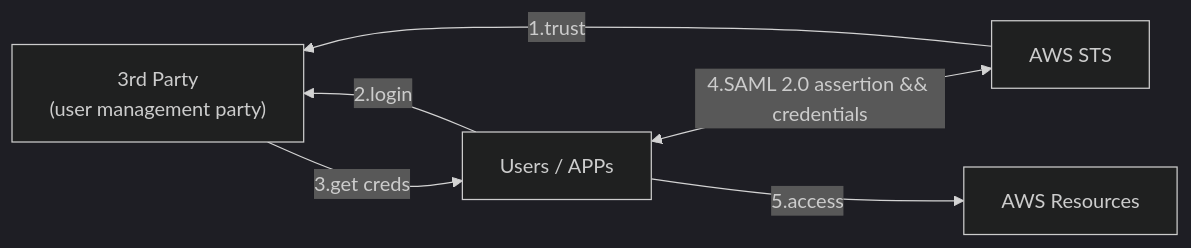
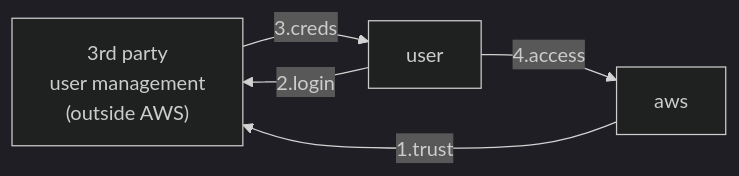
The fifth of 11 diagrams in aws/iam.md (cool21540125/documentation-notes), drawn with Mermaid (dark theme) before and after one commit. The commit also changed other lines of this file and 2 other files, not shown here.

````diff
--- a/aws/iam.md
+++ b/aws/iam.md
@@ -161,14 +252,10 @@
 ```mermaid
 flowchart LR
 
-3rd["3rd Party \n (user management party)"]
-user["Users / APPs"]
-aws["AWS STS"]
-rr["AWS Resources"]
+3rd["3rd party \n user management \n (outside AWS)"]
 
 aws -- 1.trust --> 3rd;
 user -- 2.login --> 3rd;
-3rd -- 3.get creds --> user;
-user <-- 4.SAML 2.0 assertion && credentials --> aws;
-user -- 5.access --> rr;
+3rd -- 3.creds --> user;
+user -- 4.access --> aws;
 ```
````
